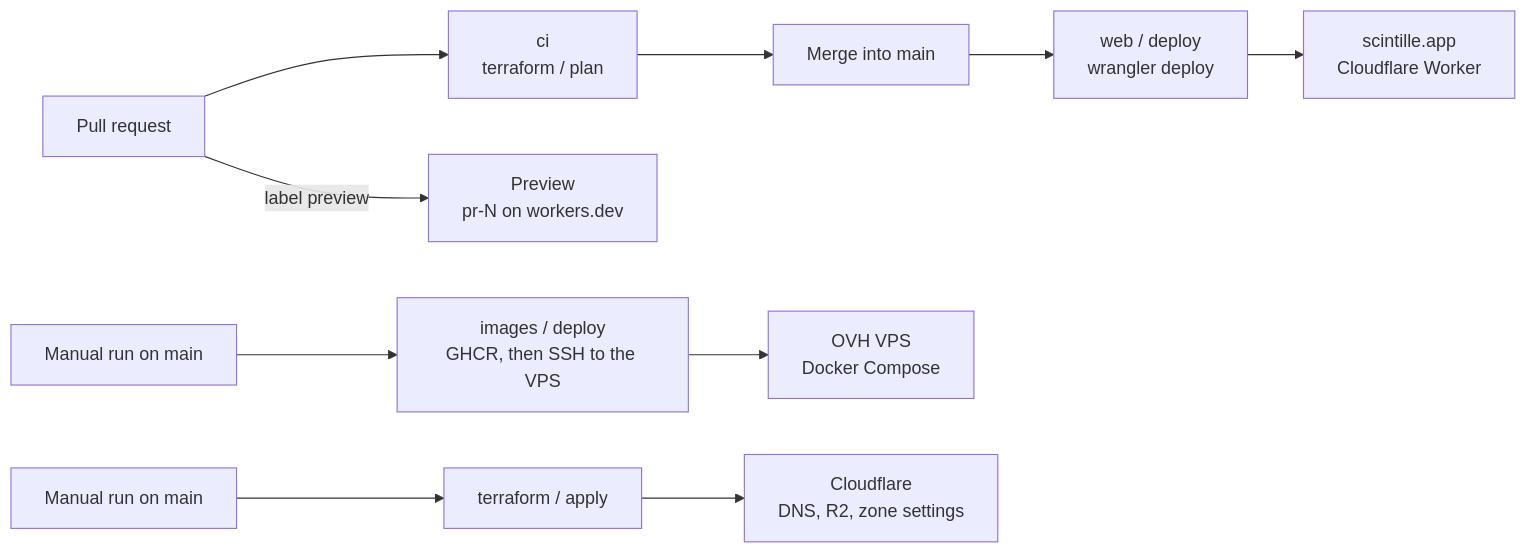
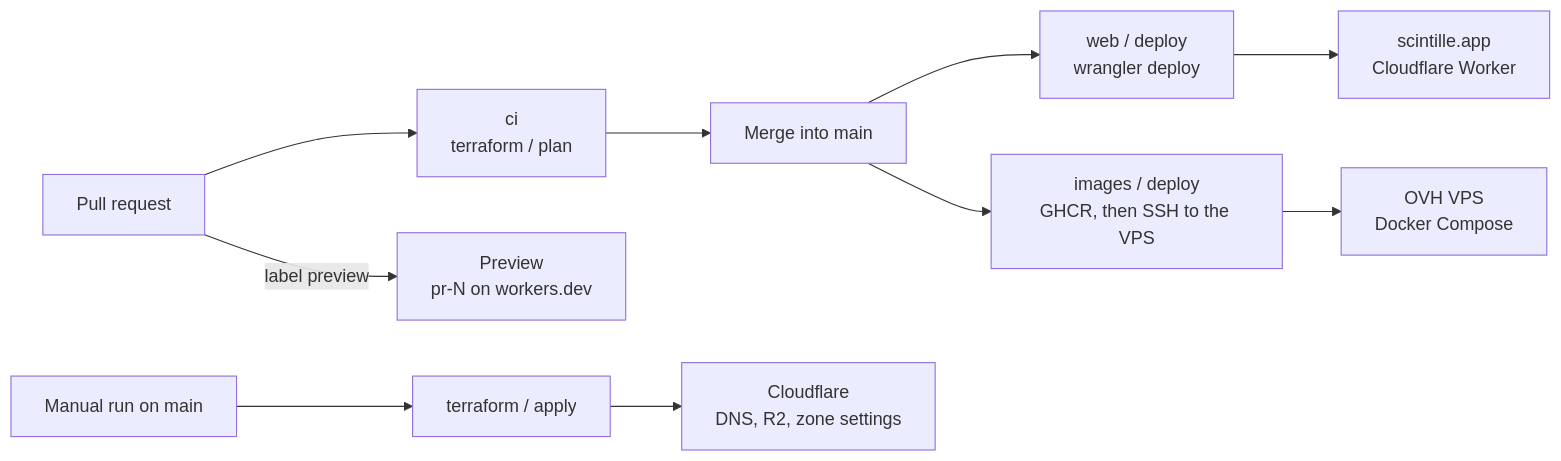
Before and after one commit to pierregc/scintille: the diagram in docs/ci-cd.md, drawn with Mermaid. The commit also changed other lines of this file and 2 other files, not shown here.

Commit message:
ci: deploy the VPS on merges touching data or compose

````diff
--- a/docs/ci-cd.md
+++ b/docs/ci-cd.md
@@ -22,12 +22,12 @@
 ```mermaid
 flowchart LR
     pr["Pull request"] --> checks["ci<br/>terraform / plan"]
     pr -- "label preview" --> preview["Preview<br/>pr-N on workers.dev"]
     checks --> merge["Merge into main"]
     merge --> webdeploy["web / deploy<br/>wrangler deploy"]
-    manualimg["Manual run on main"] --> imgdeploy["images / deploy<br/>GHCR, then SSH to the VPS"]
+    merge --> imgdeploy["images / deploy<br/>GHCR, then SSH to the VPS"]
     webdeploy --> site["scintille.app<br/>Cloudflare Worker"]
     imgdeploy --> vps["OVH VPS<br/>Docker Compose"]
     manual["Manual run on main"] --> tfapply["terraform / apply"]
     tfapply --> cf["Cloudflare<br/>DNS, R2, zone settings"]
 ```
````
